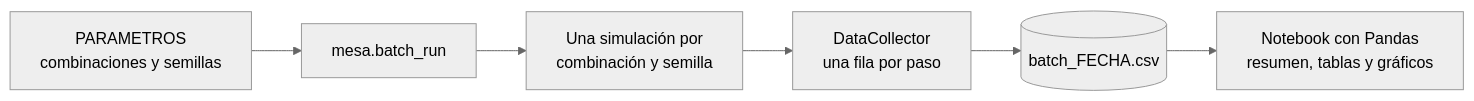
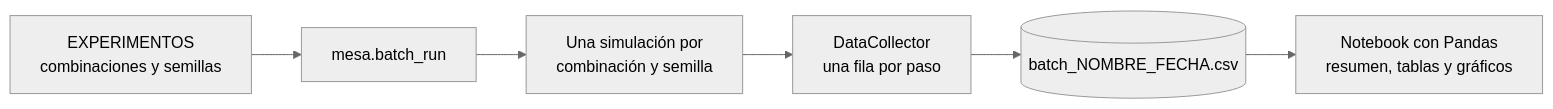
Before and after one commit to moragentil/aglomera: the fourth of 4 diagrams in docs/arquitectura.md, drawn with Mermaid (neutral theme). The commit also changed other lines of this file and 10 other files, not shown here.

First line of the commit message:
Hace reproducibles los resultados: experimentos con nombre y metrica por salida

````diff
--- a/docs/arquitectura.md
+++ b/docs/arquitectura.md
@@ -104,8 +106,8 @@
 ```mermaid
 flowchart LR
-    P["PARAMETROS<br/>combinaciones y semillas"] --> BR["mesa.batch_run"]
+    P["EXPERIMENTOS<br/>combinaciones y semillas"] --> BR["mesa.batch_run"]
     BR --> S["Una simulación por<br/>combinación y semilla"]
     S --> DC["DataCollector<br/>una fila por paso"]
-    DC --> CSV[("batch_FECHA.csv")]
+    DC --> CSV[("batch_NOMBRE_FECHA.csv")]
     CSV --> NB["Notebook con Pandas<br/>resumen, tablas y gráficos"]
 ```
````
